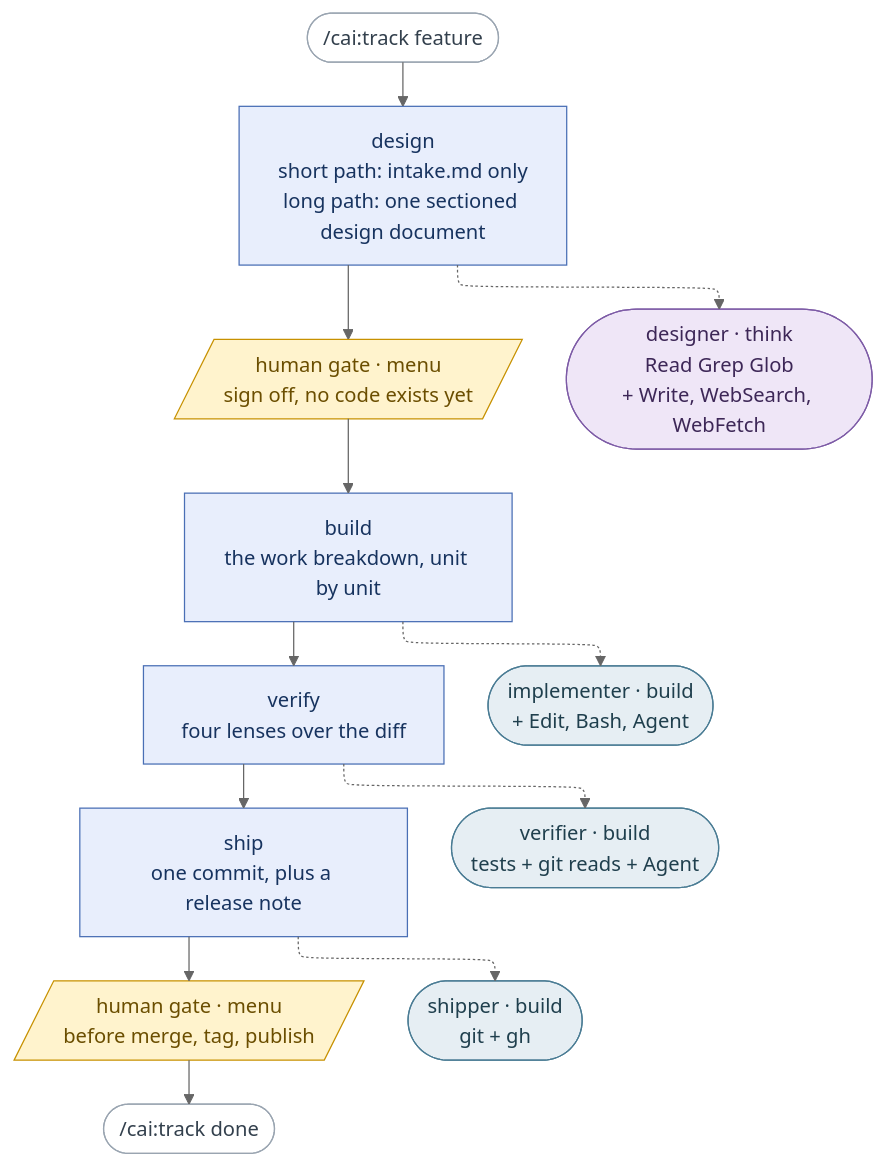
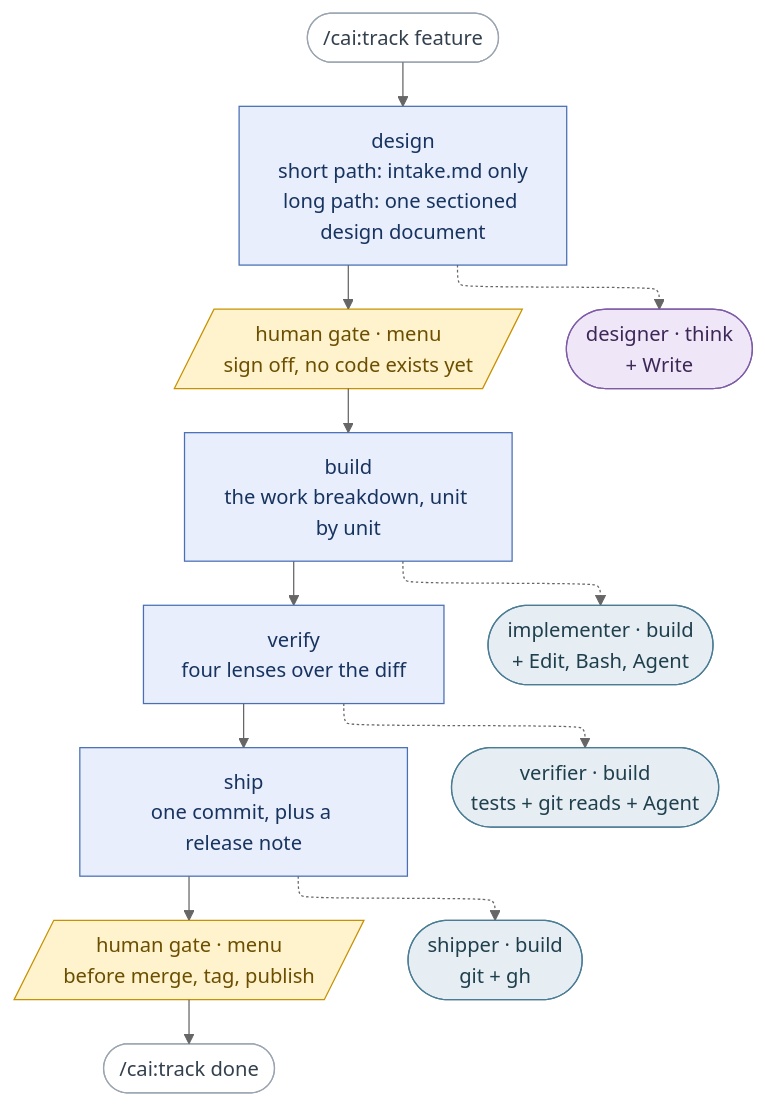
The diagram in README.md (millerlai/claude-all-in-one), drawn with Mermaid (neutral theme) before and after one commit. The commit also changed 23 other files, not shown here.

````diff
--- a/README.md
+++ b/README.md
@@ -44,38 +44,38 @@
 ```mermaid
 ---
 config:
   flowchart:
     defaultRenderer: "elk"
 ---
 flowchart TB
     START(["/cai:track feature"]) --> S1
 
     S1["design<br/>short path: intake.md only<br/>long path: one sectioned design document"] --> HG1
     HG1[/"human gate · menu<br/>sign off, no code exists yet"/] --> S2
     S2["build<br/>the work breakdown, unit by unit"] --> S3
     S3["verify<br/>four lenses over the diff"] --> S4
     S4["ship<br/>one commit, plus a release note"] --> HG2
     HG2[/"human gate · menu<br/>before merge, tag, publish"/] --> DONE(["/cai:track done"])
 
     S1 -.-> DE
     S2 -.-> IM
     S3 -.-> VE
     S4 -.-> SH
 
-    DE(["designer · think<br/>Read Grep Glob<br/>+ Write, WebSearch, WebFetch"])
+    DE(["designer · think<br/>+ Write"])
     IM(["implementer · build<br/>+ Edit, Bash, Agent"])
     VE(["verifier · build<br/>tests + git reads + Agent"])
     SH(["shipper · build<br/>git + gh"])
 
     classDef stage fill:#e8eefc,stroke:#4a6fb5,color:#17335f
     classDef human fill:#fff3cd,stroke:#c79100,color:#6b4e00
     classDef think fill:#efe6f7,stroke:#7d5ba6,color:#3d2757
     classDef build fill:#e6eef3,stroke:#4a7c94,color:#1f3f4d
     classDef ends fill:#ffffff,stroke:#9aa5b1,color:#33404d
 
     class S1,S2,S3,S4 stage
     class HG1,HG2 human
     class DE think
     class IM,VE,SH build
     class START,DONE ends
 ```
````
